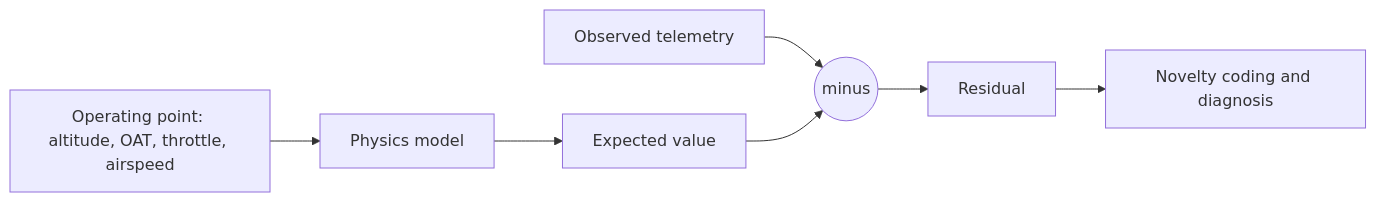
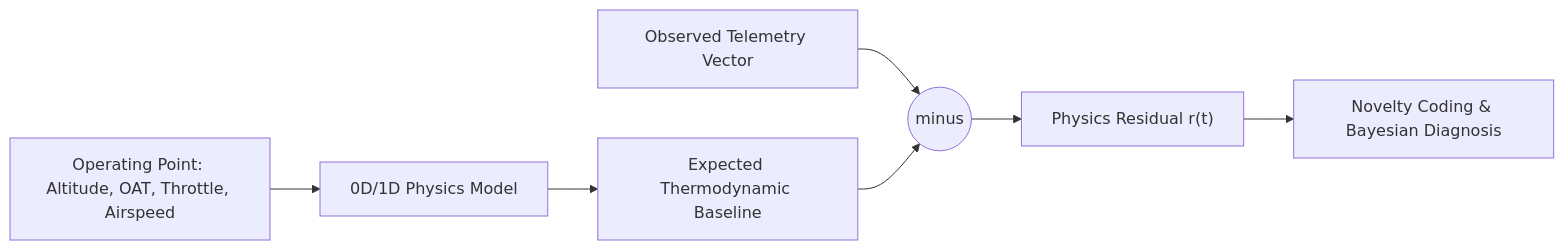
The first of 2 diagrams in docs_site/technical/05-the-digital-twin.md (Aayush-Deshpande/Maverick), drawn with Mermaid before and after one commit. The commit also changed other lines of this file and 60 other files, not shown here.

````diff
--- a/docs_site/technical/05-the-digital-twin.md
+++ b/docs_site/technical/05-the-digital-twin.md
@@ -19,9 +31,9 @@
 ```mermaid
 flowchart LR
-    OP["Operating point: altitude, OAT, throttle, airspeed"] --> Model["Physics model"]
-    Model --> Expected["Expected value"]
-    Sensor["Observed telemetry"] --> Diff((minus))
+    OP["Operating Point: Altitude, OAT, Throttle, Airspeed"] --> Model["0D/1D Physics Model"]
+    Model --> Expected["Expected Thermodynamic Baseline"]
+    Sensor["Observed Telemetry Vector"] --> Diff((minus))
     Expected --> Diff
-    Diff --> Residual["Residual"]
-    Residual --> Detect["Novelty coding and diagnosis"]
+    Diff --> Residual["Physics Residual r(t)"]
+    Residual --> Detect["Novelty Coding & Bayesian Diagnosis"]
 ```
````
